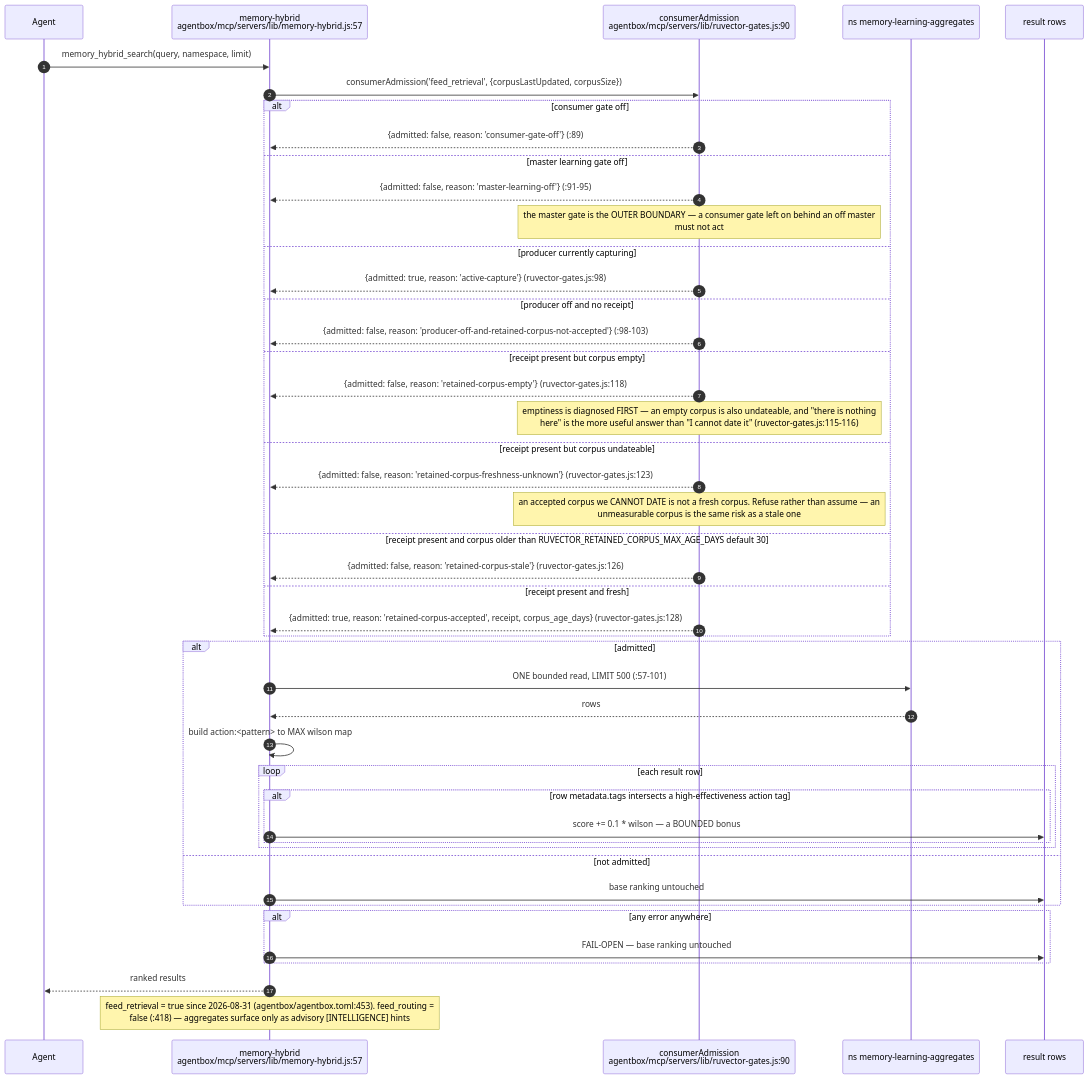
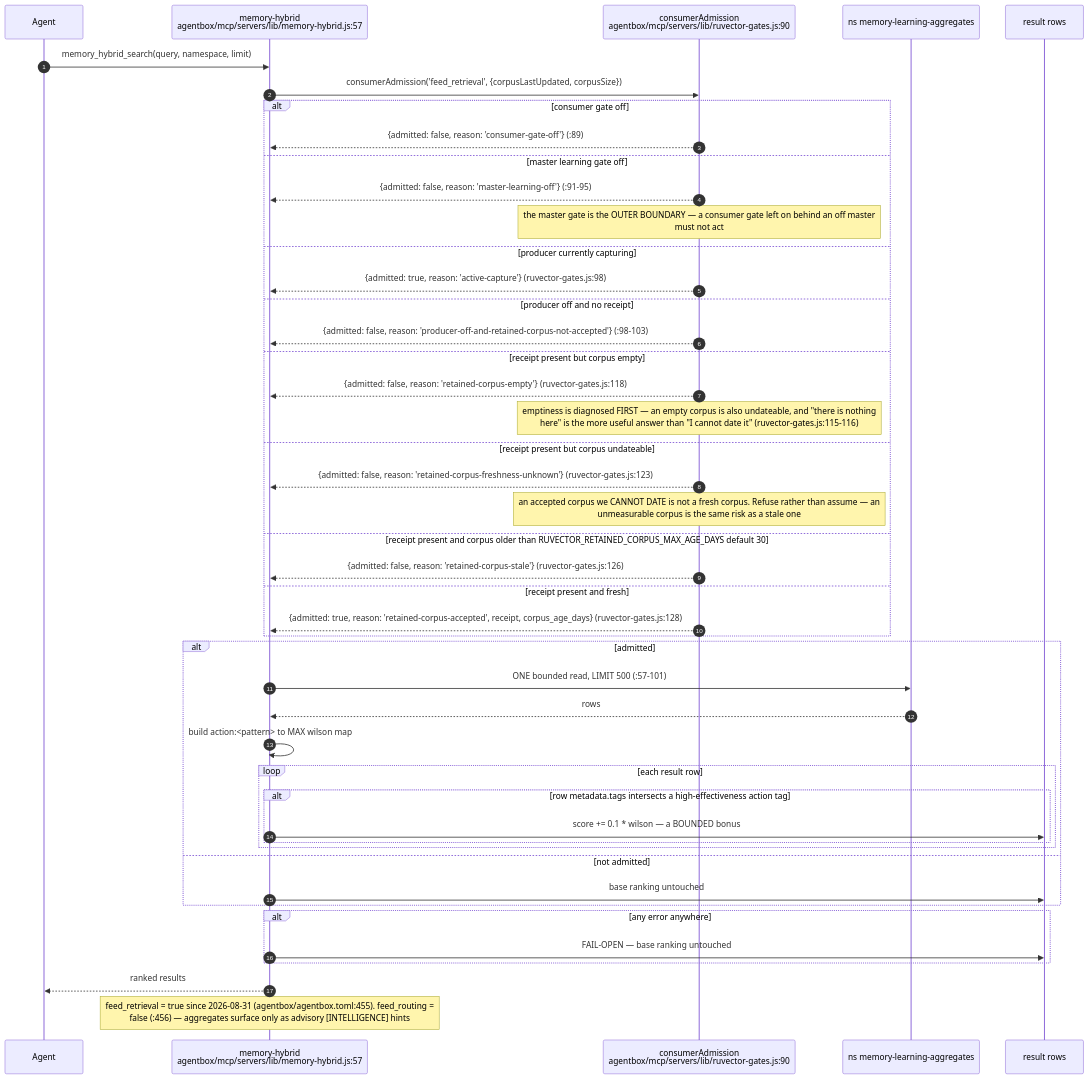
The sixth of 10 diagrams in docs/diagrams/agentbox/21-learning-loop.md (DreamLab-AI/VisionFlow), drawn with Mermaid before and after one commit. The commit also changed other lines of this file and 136 other files, not shown here.

First line of the commit message:
docs(diagrams): refresh the whole corpus to code HEAD and prune low-value diagrams

````diff
--- a/docs/diagrams/agentbox/21-learning-loop.md
+++ b/docs/diagrams/agentbox/21-learning-loop.md
@@ -245,49 +245,49 @@
 ```mermaid
 sequenceDiagram
     autonumber
     participant AG as Agent
     participant HY as memory-hybrid<br/>agentbox/mcp/servers/lib/memory-hybrid.js:57
     participant ADM as consumerAdmission<br/>agentbox/mcp/servers/lib/ruvector-gates.js:90
     participant AGG as ns memory-learning-aggregates
     participant RES as result rows
 
     AG->>HY: memory_hybrid_search(query, namespace, limit)
     HY->>ADM: consumerAdmission('feed_retrieval', {corpusLastUpdated, corpusSize})
     alt consumer gate off
         ADM-->>HY: {admitted: false, reason: 'consumer-gate-off'} (:89)
     else master learning gate off
         ADM-->>HY: {admitted: false, reason: 'master-learning-off'} (:91-95)
         Note over ADM: the master gate is the OUTER BOUNDARY — a consumer gate left on behind an off master<br/>must not act
     else producer currently capturing
         ADM-->>HY: {admitted: true, reason: 'active-capture'} (ruvector-gates.js:98)
     else producer off and no receipt
         ADM-->>HY: {admitted: false, reason: 'producer-off-and-retained-corpus-not-accepted'} (:98-103)
     else receipt present but corpus empty
         ADM-->>HY: {admitted: false, reason: 'retained-corpus-empty'} (ruvector-gates.js:118)
         Note over ADM: emptiness is diagnosed FIRST — an empty corpus is also undateable, and "there is nothing<br/>here" is the more useful answer than "I cannot date it" (ruvector-gates.js:115-116)
     else receipt present but corpus undateable
         ADM-->>HY: {admitted: false, reason: 'retained-corpus-freshness-unknown'} (ruvector-gates.js:123)
         Note over ADM: an accepted corpus we CANNOT DATE is not a fresh corpus. Refuse rather than assume — an<br/>unmeasurable corpus is the same risk as a stale one
     else receipt present and corpus older than RUVECTOR_RETAINED_CORPUS_MAX_AGE_DAYS default 30
         ADM-->>HY: {admitted: false, reason: 'retained-corpus-stale'} (ruvector-gates.js:126)
     else receipt present and fresh
         ADM-->>HY: {admitted: true, reason: 'retained-corpus-accepted', receipt, corpus_age_days} (ruvector-gates.js:128)
     end
     alt admitted
         HY->>AGG: ONE bounded read, LIMIT 500 (:57-101)
         AGG-->>HY: rows
         HY->>HY: build action:<pattern> to MAX wilson map
         loop each result row
             alt row metadata.tags intersects a high-effectiveness action tag
                 HY->>RES: score += 0.1 * wilson — a BOUNDED bonus
             end
         end
     else not admitted
         HY->>RES: base ranking untouched
     end
     alt any error anywhere
         HY->>RES: FAIL-OPEN — base ranking untouched
     end
     HY-->>AG: ranked results
-    Note over HY: feed_retrieval = true since 2026-08-31 (agentbox/agentbox.toml:453). feed_routing =<br/>false (:418) — aggregates surface only as advisory [INTELLIGENCE] hints
+    Note over HY: feed_retrieval = true since 2026-08-31 (agentbox/agentbox.toml:455). feed_routing =<br/>false (:456) — aggregates surface only as advisory [INTELLIGENCE] hints
 ```
````
